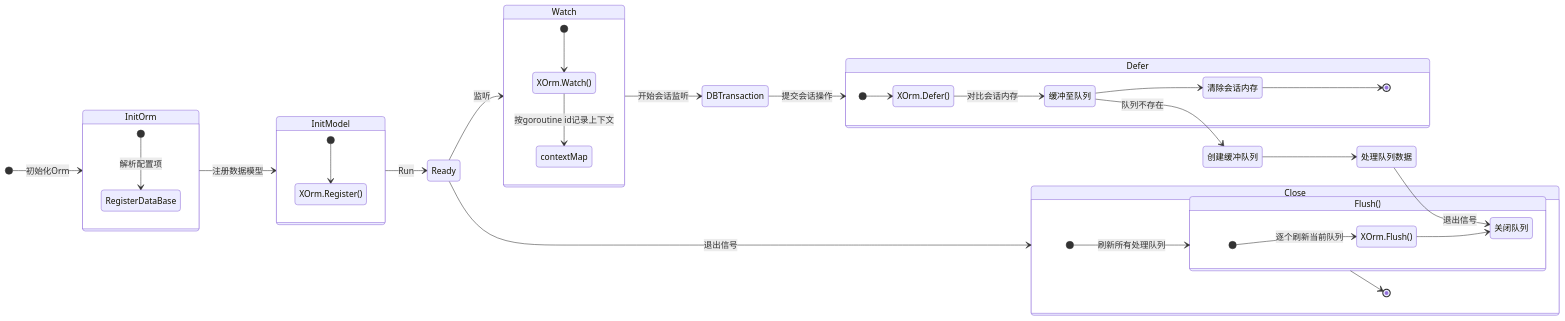
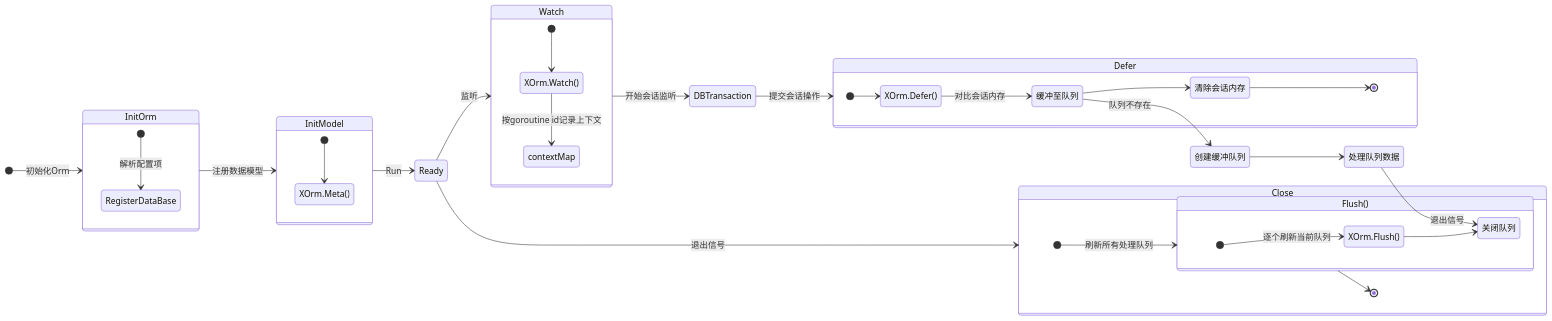
Before and after one commit to eframework-org/GO.CRUD: the first of 2 diagrams in XOrm/README.md, drawn with Mermaid. The commit also changed other lines of this file and 36 other files, not shown here.

````diff
--- a/XOrm/README.md
+++ b/XOrm/README.md
@@ -335,45 +321,45 @@
 ```mermaid
 stateDiagram-v2
     direction LR
     [*] --> InitOrm: 初始化Orm
     InitOrm --> InitModel: 注册数据模型
     InitModel --> Ready: Run
     Ready --> Watch: 监听
     Watch --> DBTransaction: 开始会话监听
     DBTransaction --> Defer: 提交会话操作
     Ready --> Close: 退出信号
 
     state InitOrm {
         direction TB
         [*] --> RegisterDataBase: 解析配置项
     }
     state InitModel {
         direction TB
-        [*] --> XOrm.Register()
+        [*] --> XOrm.Meta()
     }
     state Watch {
         direction TB
         [*] --> XOrm.Watch()
         XOrm.Watch() --> contextMap: 按goroutine id记录上下文
     }
     state Defer {
         direction TB
         [*] --> XOrm.Defer()
         XOrm.Defer() --> 缓冲至队列: 对比会话内存
         缓冲至队列 --> 清除会话内存
         清除会话内存 --> [*]
     }
     state Close{
         direction TB
         [*] --> Flush(): 刷新所有处理队列
         Flush() --> [*]
     }
     state Flush(){
         direction TB
         [*] --> XOrm.Flush(): 逐个刷新当前队列
         XOrm.Flush() --> 关闭队列
     }
     缓冲至队列 --> 创建缓冲队列: 队列不存在
     创建缓冲队列 --> 处理队列数据
     处理队列数据 --> 关闭队列: 退出信号
 ```
````
